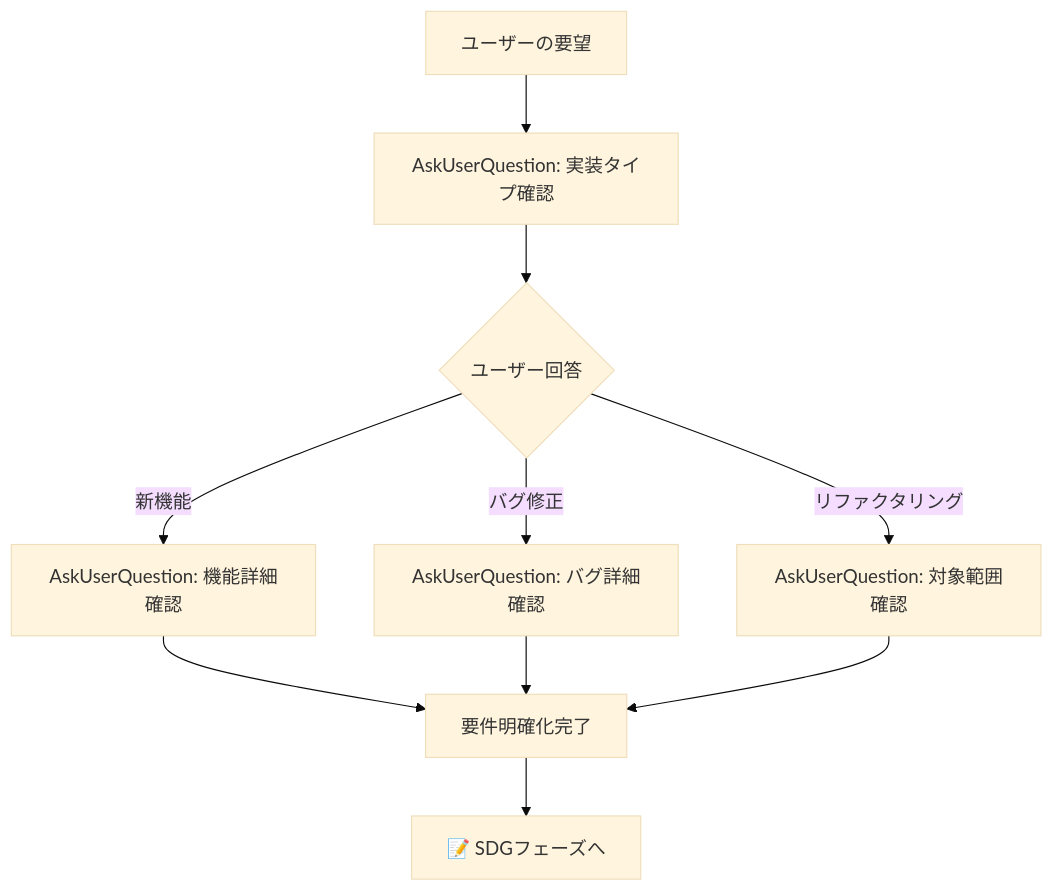
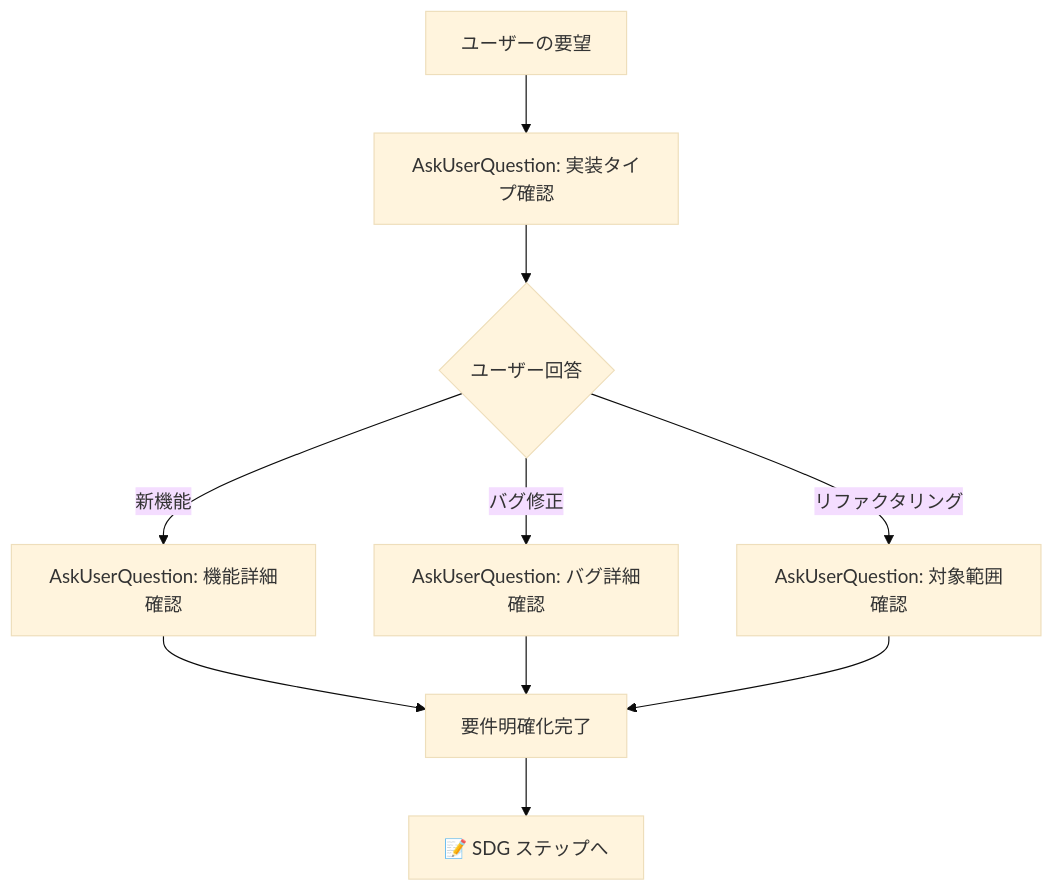
One commit to chronista-club/claude-plugin-chronista-style changed the diagram in codeflow/reference/ask-user-question-tool.md. Above: the diagram before and after it, drawn with Mermaid (base theme). The commit also changed 21 other files, not shown here.

````diff
--- a/codeflow/reference/ask-user-question-tool.md
+++ b/codeflow/reference/ask-user-question-tool.md
@@ -181,12 +181,12 @@
 ```mermaid
 flowchart TD
     A[ユーザーの要望] --> B[AskUserQuestion: 実装タイプ確認]
     B --> C{ユーザー回答}
     C -->|新機能| D[AskUserQuestion: 機能詳細確認]
     C -->|バグ修正| E[AskUserQuestion: バグ詳細確認]
     C -->|リファクタリング| F[AskUserQuestion: 対象範囲確認]
     D --> G[要件明確化完了]
     E --> G
     F --> G
-    G --> H[📝 SDGフェーズへ]
+    G --> H[📝 SDG ステップへ]
 ```
````
